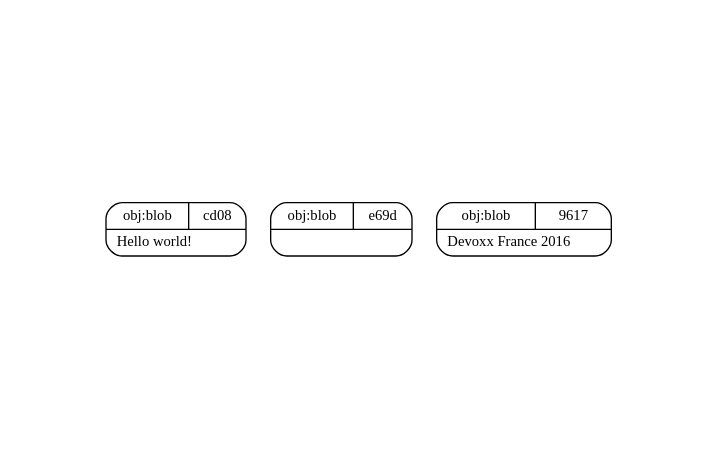
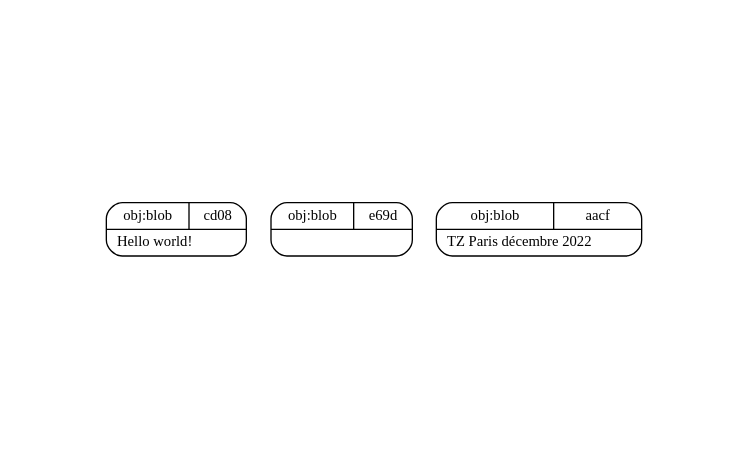
One commit to zigarn/git-internals changed the diagram in create_blobs.dot. Above: the diagram before and after it, drawn with Graphviz. The commit also changed 9 other files, not shown here.

```diff
--- a/create_blobs.dot
+++ b/create_blobs.dot
@@ -1,8 +1,8 @@
 digraph structs {
   pad="1,2";
   node [shape=record,fontsize=11];
   rankdir="TB";
   _cd08 [fillcolor="white", style="filled,rounded", label="{{obj:blob|cd08}|Hello\ world\!\l}"]
   _e69d [fillcolor="white", style="filled,rounded", label="{{obj:blob|e69d}|}"]
-  _9617 [fillcolor="white", style="filled,rounded", label="{{obj:blob|9617}|Devoxx\ France\ 2016\l}"]
+  _aacf [fillcolor="white", style="filled,rounded", label="{{obj:blob|aacf}|TZ\ Paris\ décembre\ 2022\l}"]
 }
```
